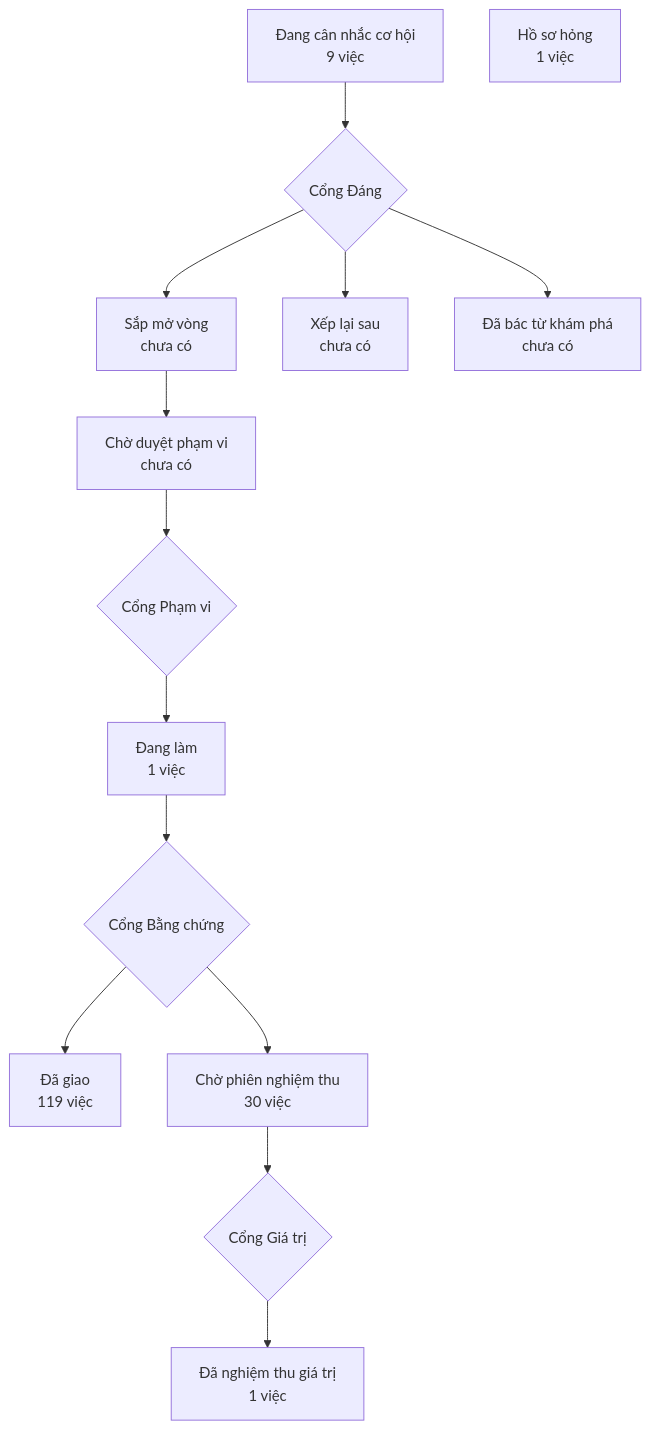
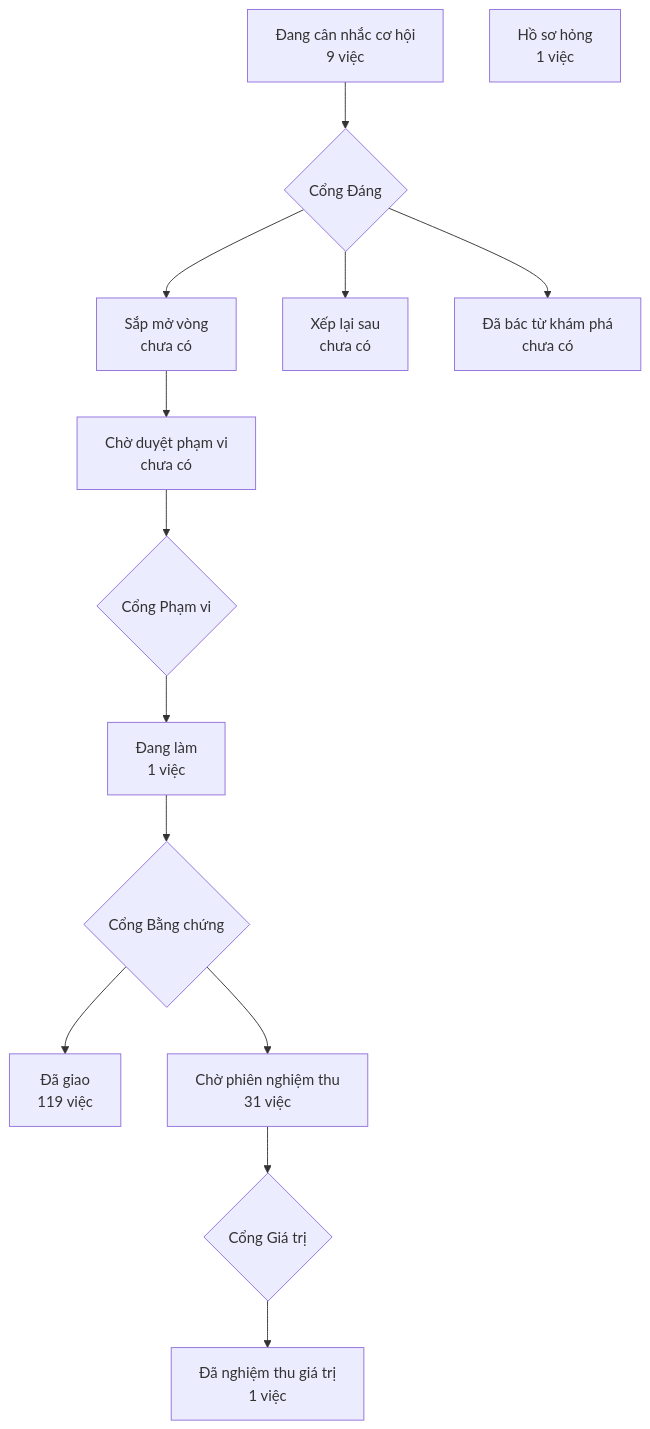
One commit to phanlemanh/crm-onehub changed the diagram in PRODUCT-MAP.md. Above: the diagram before and after it, drawn with Mermaid. The commit also changed other lines of this file and 1 other file, not shown here.

Commit message:
docs: vẽ lại PRODUCT-MAP.md và LO-TRINH.html sau khi gộp onehub (man-okr-truoc-r1 đã ký)

````diff
--- a/PRODUCT-MAP.md
+++ b/PRODUCT-MAP.md
@@ -7,13 +7,13 @@
 ```mermaid
 flowchart TD
   A["Đang cân nhắc cơ hội<br/>9 việc"] --> GD{"Cổng Đáng"}
   GD --> B["Sắp mở vòng<br/>chưa có"]
   GD --> XL["Xếp lại sau<br/>chưa có"]
   GD --> DB["Đã bác từ khám phá<br/>chưa có"]
   B --> CD["Chờ duyệt phạm vi<br/>chưa có"] --> GP{"Cổng Phạm vi"}
   GP --> DL["Đang làm<br/>1 việc"] --> GB{"Cổng Bằng chứng"}
   GB --> DG["Đã giao<br/>119 việc"]
-  GB --> CN["Chờ phiên nghiệm thu<br/>30 việc"] --> GG{"Cổng Giá trị"}
+  GB --> CN["Chờ phiên nghiệm thu<br/>31 việc"] --> GG{"Cổng Giá trị"}
   GG --> NT["Đã nghiệm thu giá trị<br/>1 việc"]
   HS["Hồ sơ hỏng<br/>1 việc"]
 ```
````
